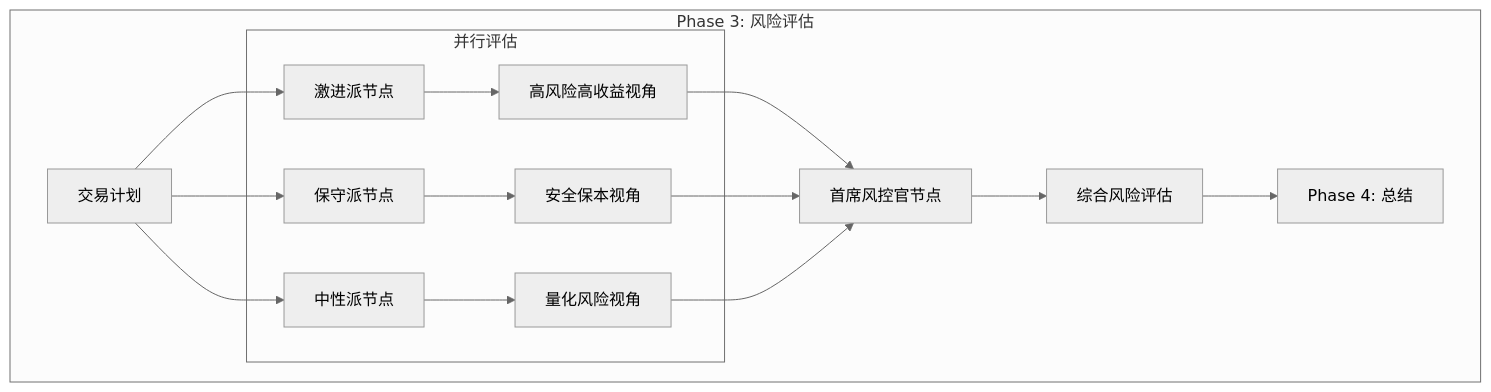
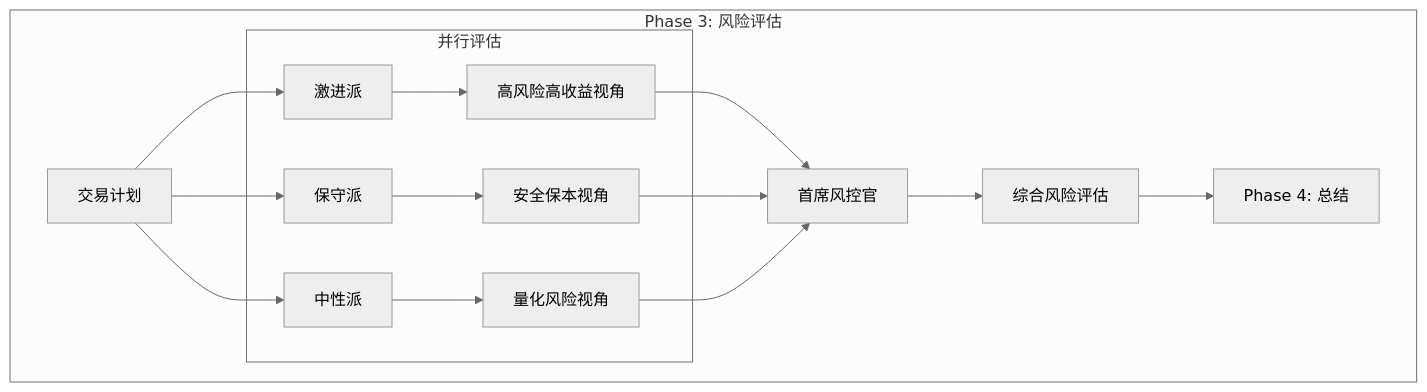
One commit to BG8CFB/StockAnalysis changed the fourth of 5 diagrams in docs/TradingAgents/TradingAgents业务流程.md. Above: the diagram before and after it, drawn with Mermaid (neutral theme). The commit also changed other lines of this file and 25 other files, not shown here.

````diff
--- a/docs/TradingAgents/TradingAgents业务流程.md
+++ b/docs/TradingAgents/TradingAgents业务流程.md
@@ -189,21 +312,21 @@
 ```mermaid
 graph TD
     subgraph "Phase 3: 风险评估"
-        P3_Start[交易计划] --> P3_Aggr[激进派节点];
-        P3_Start --> P3_Cons[保守派节点];
-        P3_Start --> P3_Neut[中性派节点];
+        P3_Start[交易计划] --> P3_Aggr[激进派];
+        P3_Start --> P3_Cons[保守派];
+        P3_Start --> P3_Neut[中性派];
 
         subgraph "并行评估"
             P3_Aggr --> P3_Aggr_Report[高风险高收益视角];
             P3_Cons --> P3_Cons_Report[安全保本视角];
             P3_Neut --> P3_Neut_Report[量化风险视角];
         end
 
-        P3_Aggr_Report --> P3_CRO[首席风控官节点];
+        P3_Aggr_Report --> P3_CRO[首席风控官];
         P3_Cons_Report --> P3_CRO;
         P3_Neut_Report --> P3_CRO;
 
         P3_CRO --> P3_Assessment[综合风险评估];
         P3_Assessment --> P3_Next[Phase 4: 总结];
     end
 ```
````
